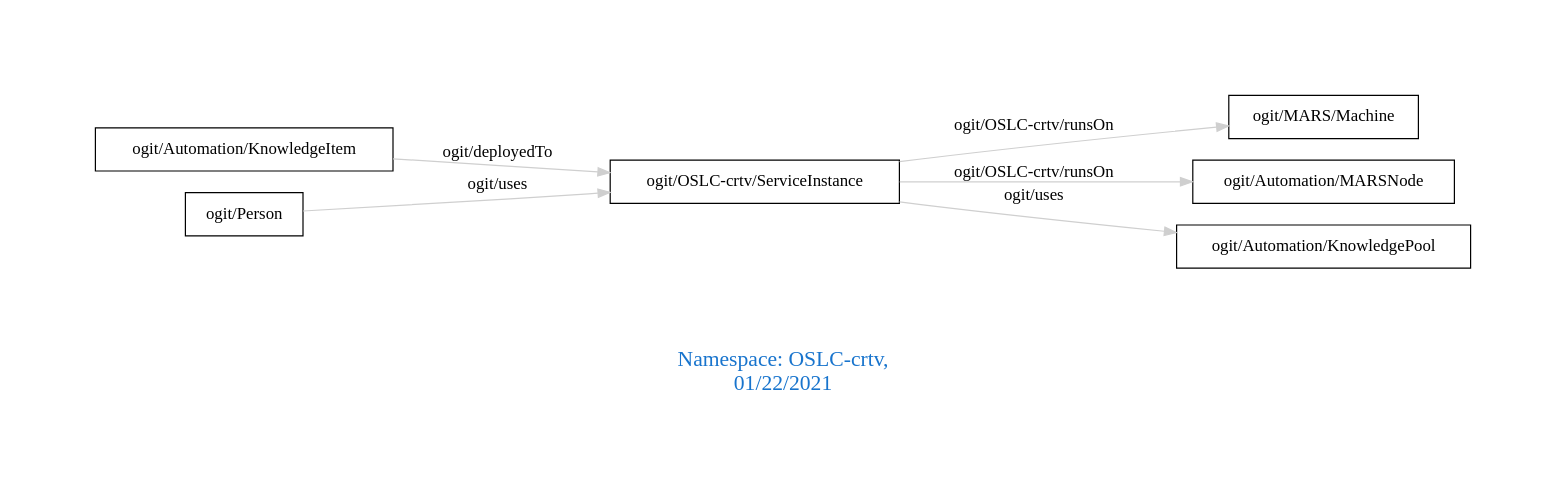
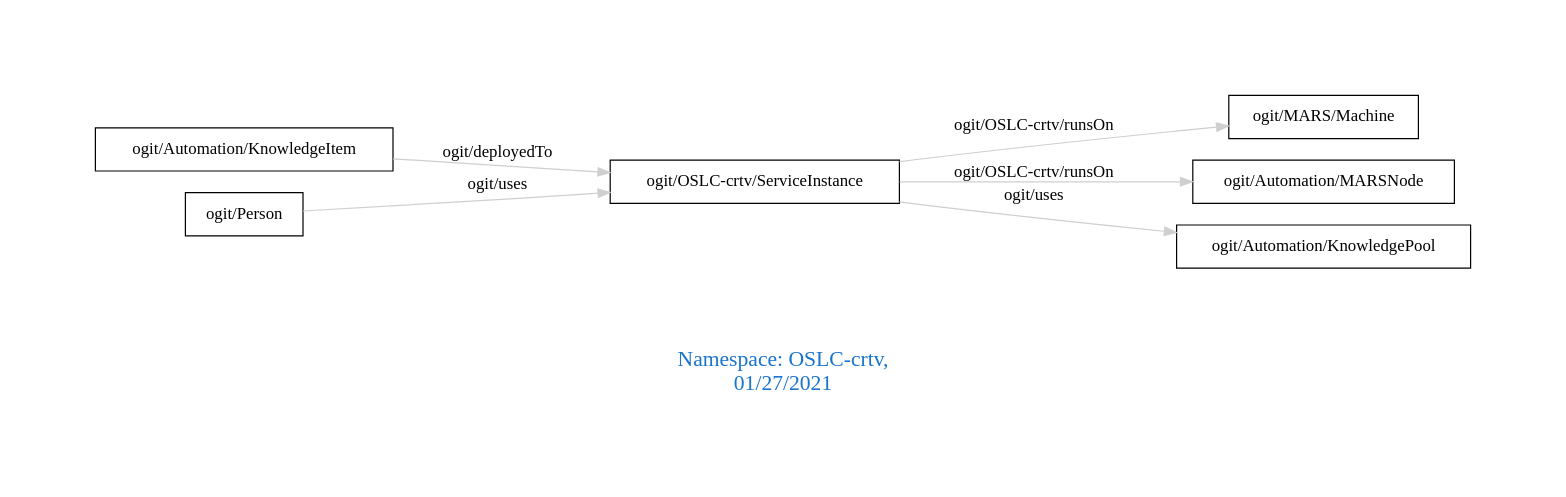
One commit to arago/OGIT changed the diagram in downloads/OSLC-crtv.dot. Above: the diagram before and after it, drawn with Graphviz. The commit also changed 1838 other files, not shown here.

```diff
--- a/downloads/OSLC-crtv.dot
+++ b/downloads/OSLC-crtv.dot
@@ -1,13 +1,13 @@
 digraph OGIT_ontology {
  graph [ rankdir= LR,pad=1 
 fontsize = 18,
-fontcolor= dodgerblue3,label = "\n\n\nNamespace: OSLC-crtv, \n 01/22/2021"];
+fontcolor= dodgerblue3,label = "\n\n\nNamespace: OSLC-crtv, \n 01/27/2021"];
 node[shape=polygon];
 edge [  color="gray81"];
 
    "ogit/Automation/KnowledgeItem" -> "ogit/OSLC-crtv/ServiceInstance" [label="   ogit/deployedTo    "];
    "ogit/OSLC-crtv/ServiceInstance" -> "ogit/MARS/Machine" [label="   ogit/OSLC-crtv/runsOn    "];
    "ogit/OSLC-crtv/ServiceInstance" -> "ogit/Automation/MARSNode" [label="   ogit/OSLC-crtv/runsOn    "];
    "ogit/OSLC-crtv/ServiceInstance" -> "ogit/Automation/KnowledgePool" [label="   ogit/uses    "];
    "ogit/Person" -> "ogit/OSLC-crtv/ServiceInstance" [label="   ogit/uses    "];
 }
```
